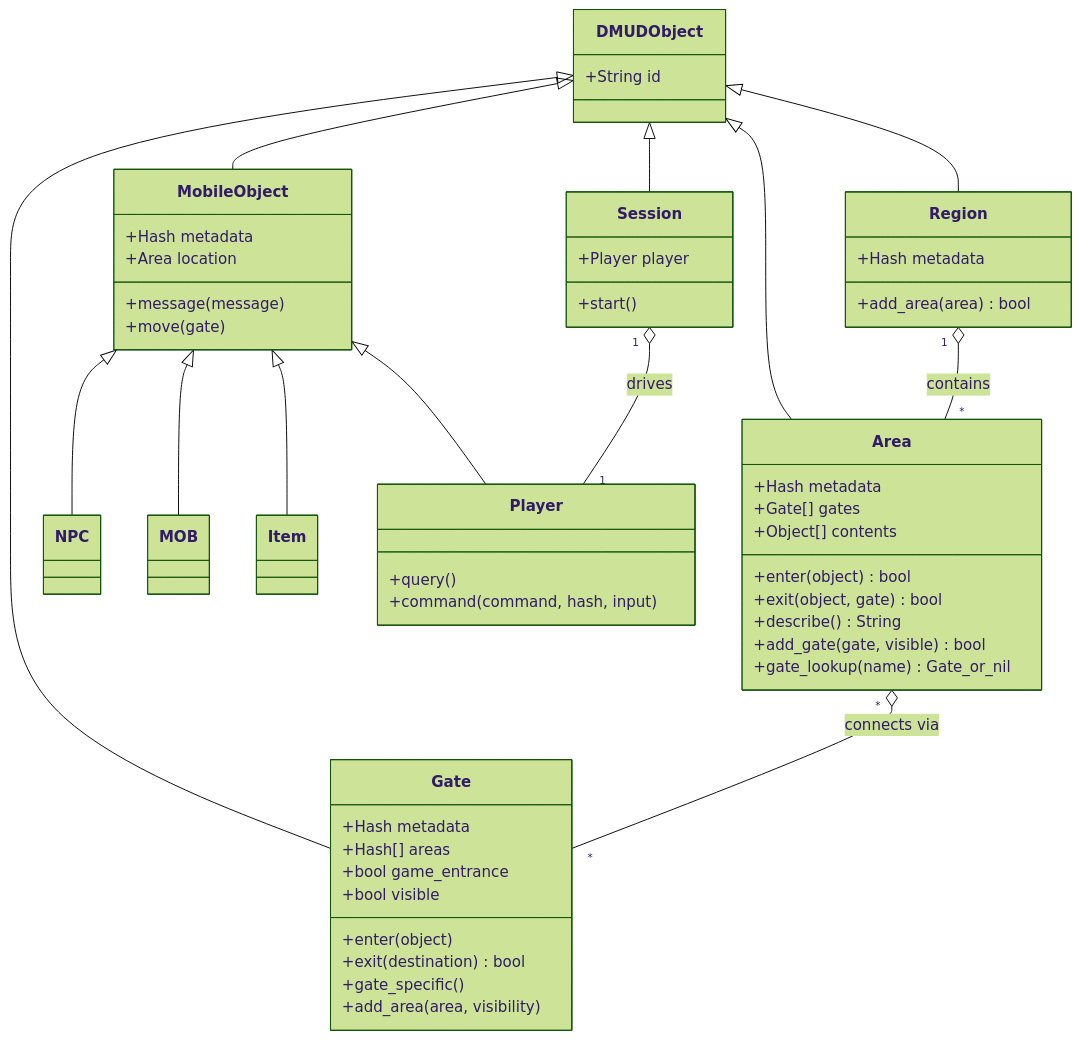
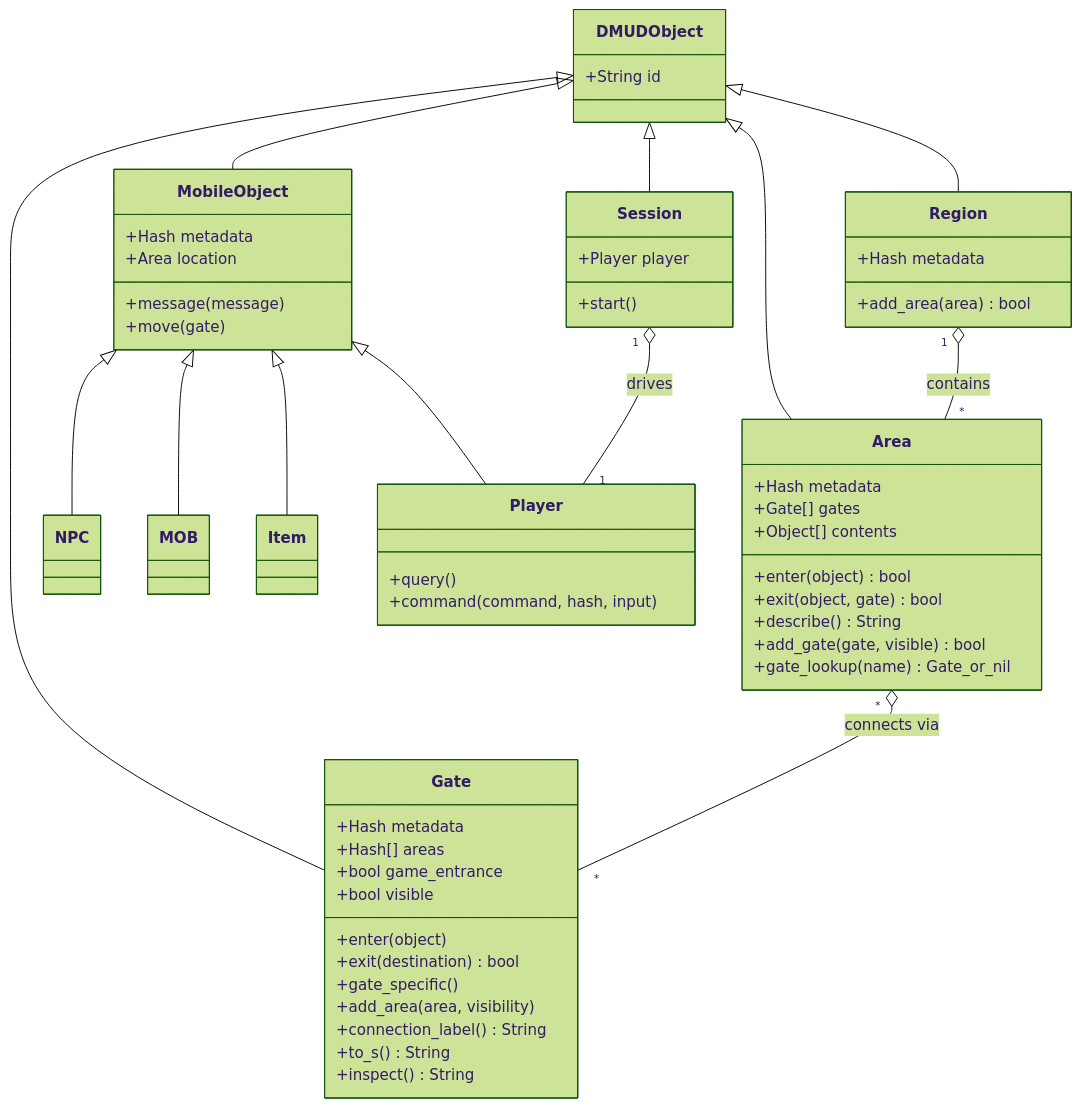
The first of 3 diagrams in docs/ARCHITECTURE.md (dtrammell/dmud), drawn with Mermaid (forest theme) before and after one commit. The commit also changed other lines of this file and 37 other files, not shown here.

````diff
--- a/docs/ARCHITECTURE.md
+++ b/docs/ARCHITECTURE.md
@@ -7,60 +15,63 @@
 ```mermaid
 classDiagram
     class DMUDObject {
         +String id
     }
     class Region {
         +Hash metadata
         +add_area(area) bool
     }
     class Area {
         +Hash metadata
         +Gate[] gates
         +Object[] contents
         +enter(object) bool
         +exit(object, gate) bool
         +describe() String
         +add_gate(gate, visible) bool
         +gate_lookup(name) Gate_or_nil
     }
     class Gate {
         +Hash metadata
         +Hash[] areas
         +bool game_entrance
         +bool visible
         +enter(object)
         +exit(destination) bool
         +gate_specific()
         +add_area(area, visibility)
+        +connection_label() String
+        +to_s() String
+        +inspect() String
     }
     class MobileObject {
         +Hash metadata
         +Area location
         +message(message)
         +move(gate)
     }
     class NPC
     class MOB
     class Item
     class Player {
         +query()
         +command(command, hash, input)
     }
     class Session {
         +Player player
         +start()
     }
 
     DMUDObject <|-- Region
     DMUDObject <|-- Area
     DMUDObject <|-- Gate
     DMUDObject <|-- MobileObject
     DMUDObject <|-- Session
     MobileObject <|-- NPC
     MobileObject <|-- MOB
     MobileObject <|-- Item
     MobileObject <|-- Player
     Region "1" o-- "*" Area : contains
     Area "*" o-- "*" Gate : connects via
     Session "1" o-- "1" Player : drives
 ```
````
